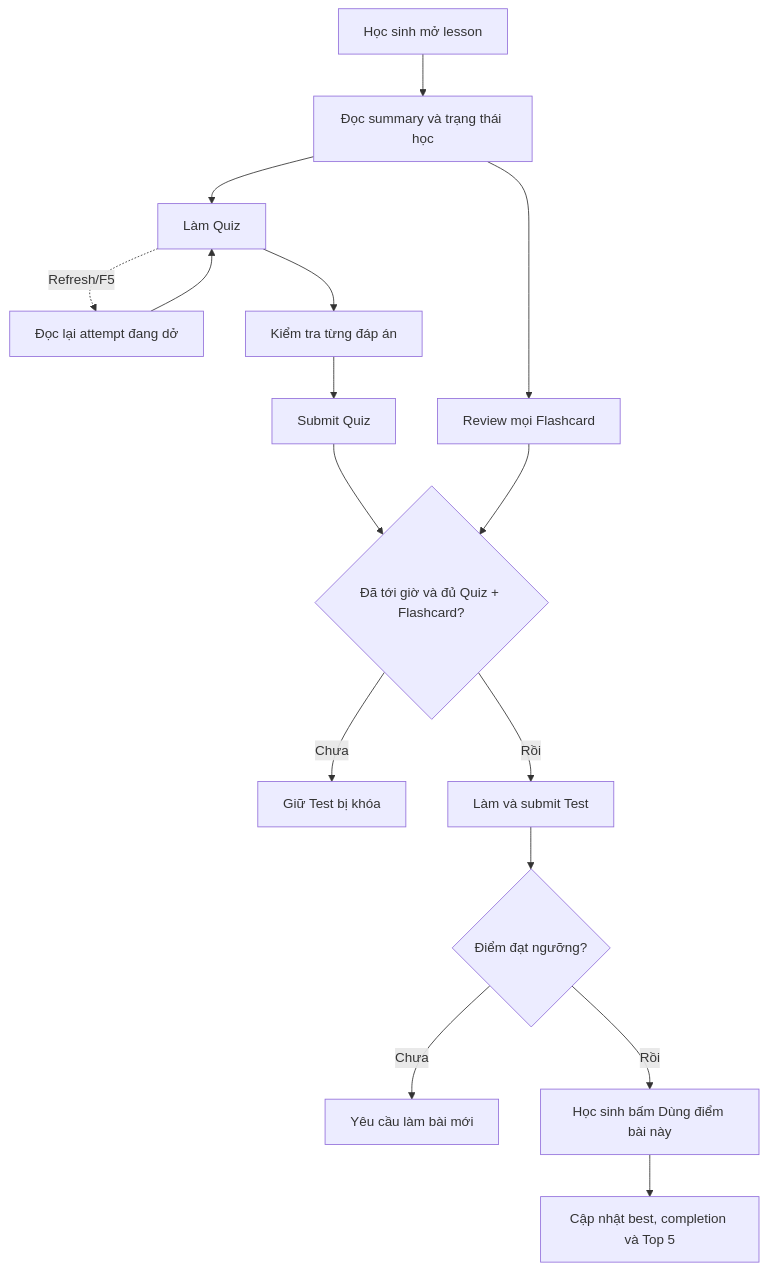
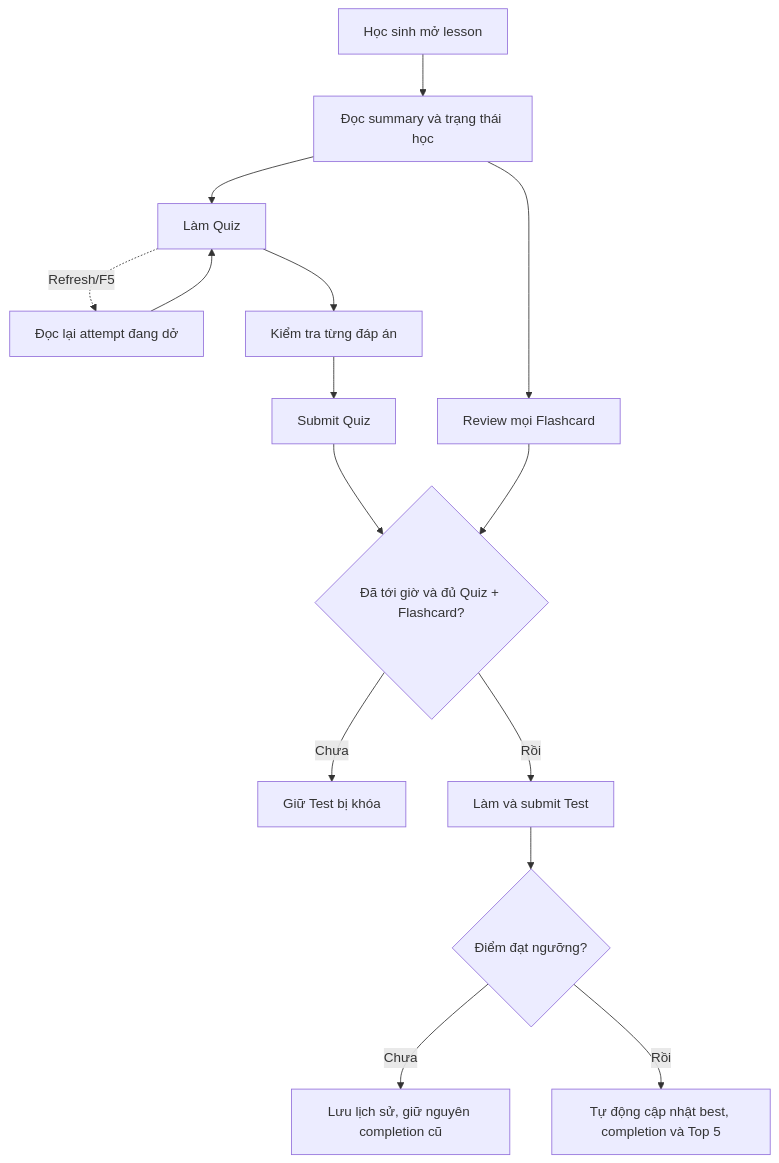
The second of 2 diagrams in docs/learning-notes/features/quiz-flashcard-test.md (DamAnhTuanTB/ClassHero), drawn with Mermaid before and after one commit. The commit also changed other lines of this file and 220 other files, not shown here.

````diff
--- a/docs/learning-notes/features/quiz-flashcard-test.md
+++ b/docs/learning-notes/features/quiz-flashcard-test.md
@@ -108,18 +108,17 @@
 ```mermaid
 flowchart TD
   A[Học sinh mở lesson] --> B[Đọc summary và trạng thái học]
   B --> C[Làm Quiz]
   C -. Refresh/F5 .-> C1[Đọc lại attempt đang dở]
   C1 --> C
   C --> D[Kiểm tra từng đáp án]
   D --> E[Submit Quiz]
   B --> F[Review mọi Flashcard]
   E --> G{Đã tới giờ và đủ Quiz + Flashcard?}
   F --> G
   G -- Chưa --> H[Giữ Test bị khóa]
   G -- Rồi --> I[Làm và submit Test]
   I --> J{Điểm đạt ngưỡng?}
-  J -- Chưa --> K[Yêu cầu làm bài mới]
-  J -- Rồi --> L[Học sinh bấm Dùng điểm bài này]
-  L --> M[Cập nhật best, completion và Top 5]
+  J -- Chưa --> K[Lưu lịch sử, giữ nguyên completion cũ]
+  J -- Rồi --> L[Tự động cập nhật best, completion và Top 5]
 ```
````
